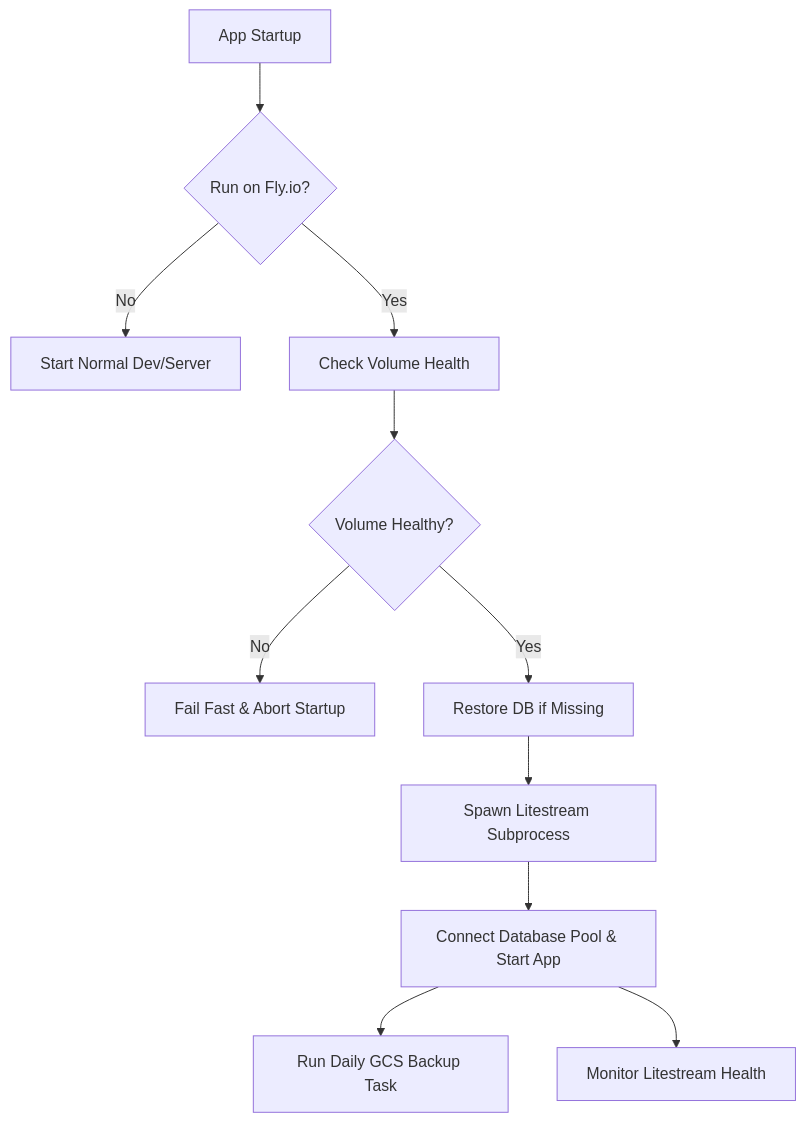
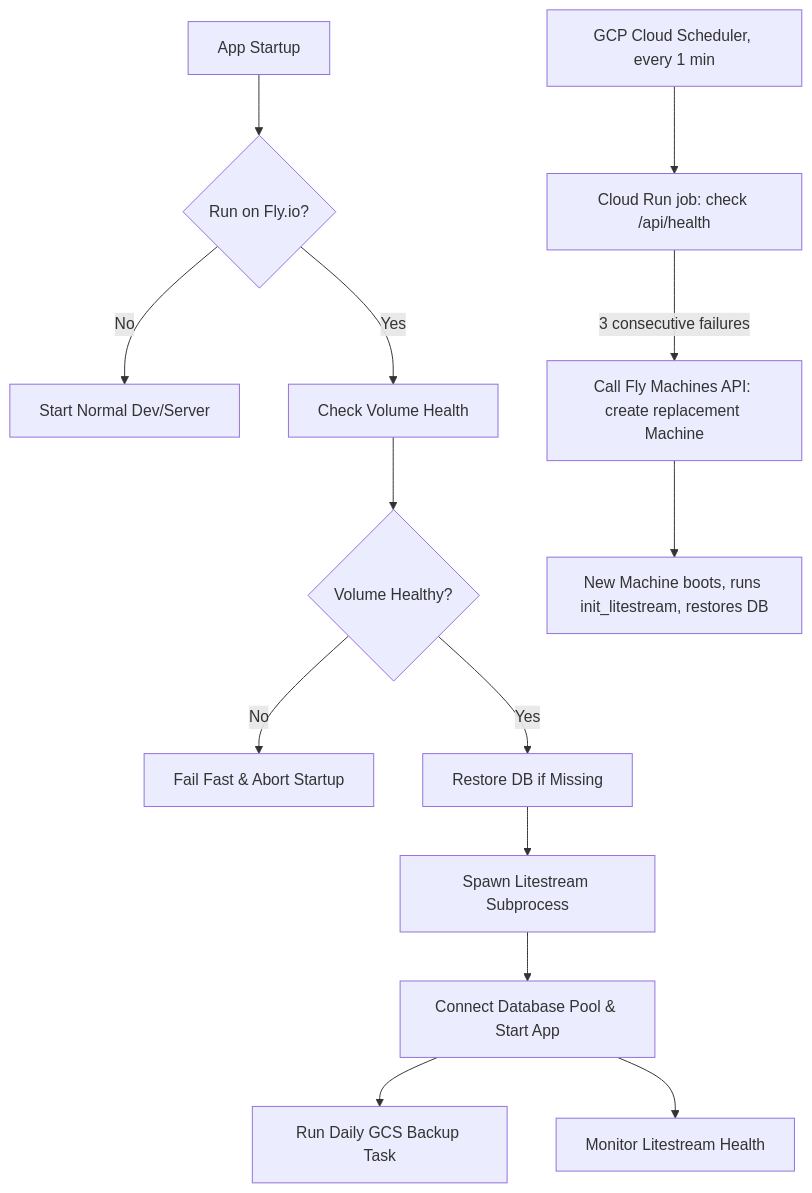
Before and after one commit to AndreiBozantan/svelte-axum-template: the diagram in docs/devops/fly.md, drawn with Mermaid. The commit also changed other lines of this file, not shown here.

Commit message:
update fly.md guide

````diff
--- a/docs/devops/fly.md
+++ b/docs/devops/fly.md
@@ -17,16 +19,20 @@
 ```mermaid
 graph TD
     A[App Startup] --> B{Run on Fly.io?}
     B -- No --> C[Start Normal Dev/Server]
     B -- Yes --> D[Check Volume Health]
-    
+
     D --> E{Volume Healthy?}
     E -- No --> F[Fail Fast & Abort Startup]
     E -- Yes --> G[Restore DB if Missing]
-    
+
     G --> H[Spawn Litestream Subprocess]
     H --> I[Connect Database Pool & Start App]
-    
+
     I --> J[Run Daily GCS Backup Task]
     I --> K[Monitor Litestream Health]
+
+    L[GCP Cloud Scheduler, every 1 min] --> M[Cloud Run job: check /api/health]
+    M -->|3 consecutive failures| N[Call Fly Machines API: create replacement Machine]
+    N --> O[New Machine boots, runs init_litestream, restores DB]
 ```
````
